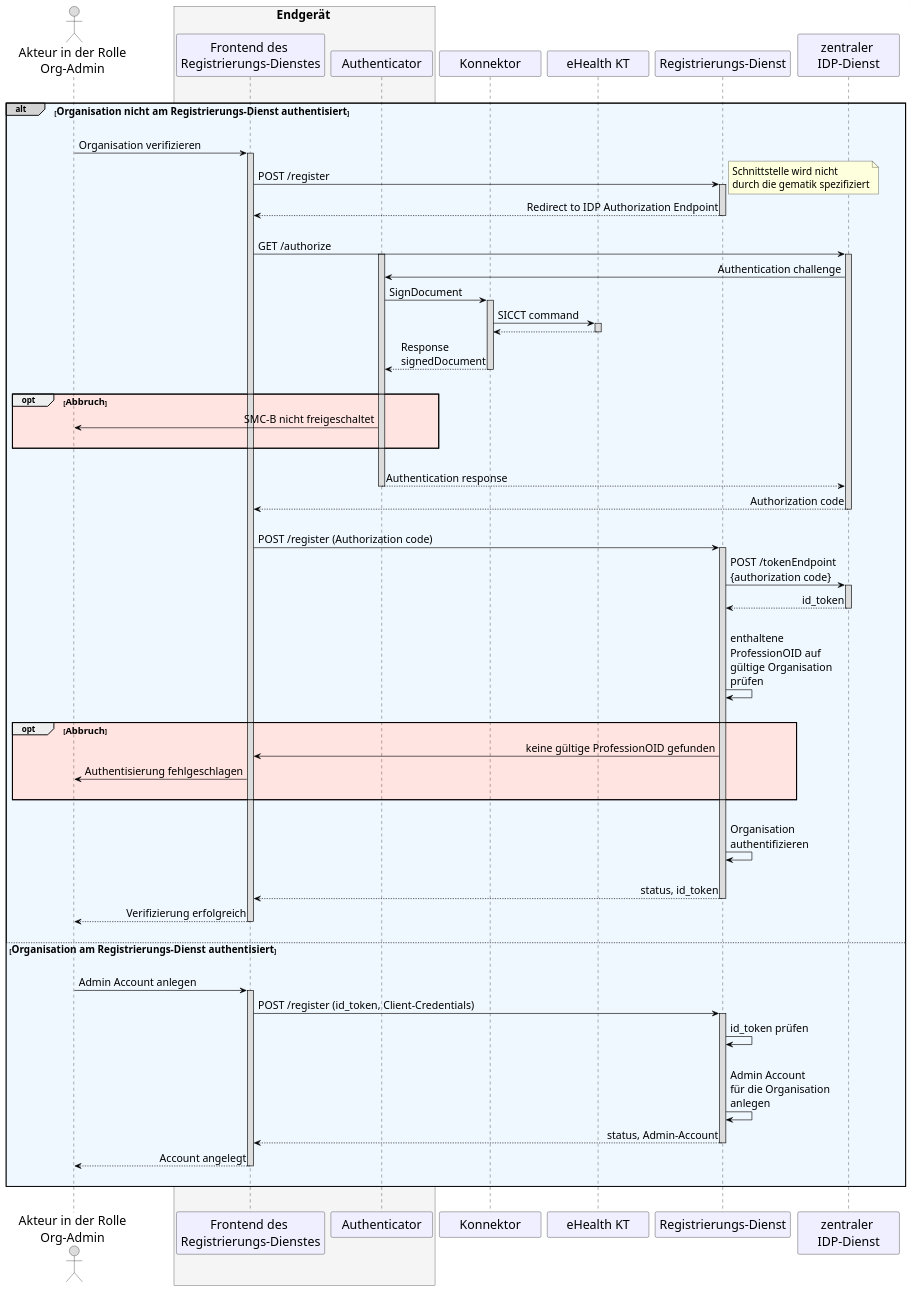
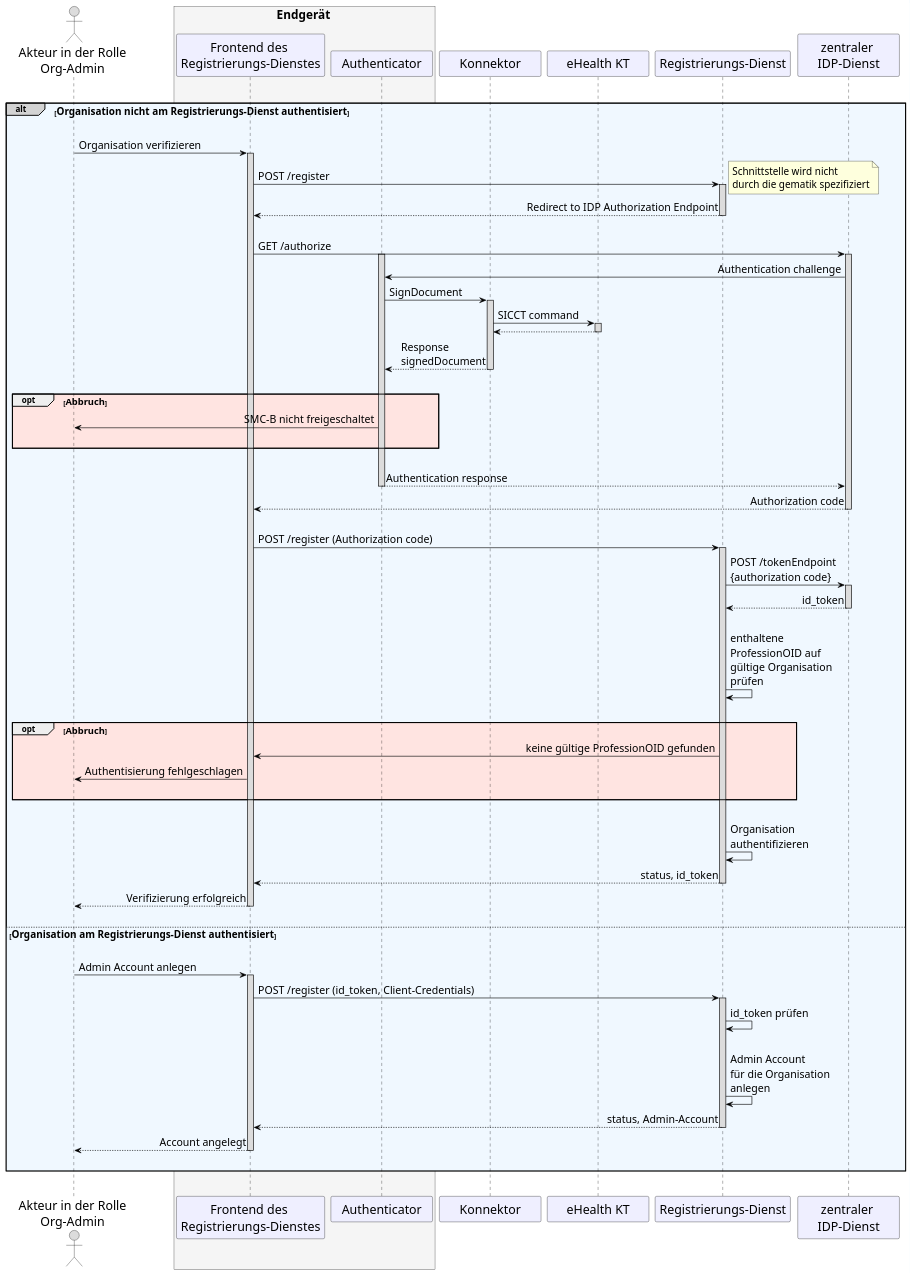
Before and after one commit to gematik/api-ti-messenger: the diagram in src/plantuml/TI-Messenger-Dienst/Ressourcen/UC_10103_Seq.puml, drawn with PlantUML.

```diff
--- a/src/plantuml/TI-Messenger-Dienst/Ressourcen/UC_10103_Seq.puml
+++ b/src/plantuml/TI-Messenger-Dienst/Ressourcen/UC_10103_Seq.puml
@@ -9,116 +9,114 @@
 @startuml
 skinparam sequenceMessageAlign direction
 skinparam WrapWidth 300
 skinparam minClassWidth 150
 skinparam BoxPadding 1
 scale max 2048 width
 
 skinparam sequence {
 ArrowColor black
 ArrowFontSize 17
 ActorBorderColor black
 LifeLineBorderColor black
 LifeLineBackgroundColor Gainsboro
 
 ParticipantBorderColor Motivation
 ParticipantBackgroundColor Motivation
 ParticipantFontName Impact
 ParticipantFontSize 20
 ParticipantFontColor black
 ParticipantBorderColor Black
 ParticipantBackgroundColor MOTIVATION
 
 ActorBackgroundColor Gainsboro
 ActorFontColor black
 ActorFontSize 20
 ActorFontName Aapex
 }
 
   actor oa as "Akteur in der Rolle\nOrg-Admin"
     box <size:19>Endgerät</size> #WhiteSmoke
     participant wb as "Frontend des \nRegistrierungs-Dienstes"
     participant au as "Authenticator"
     end box
   participant ko as "Konnektor"
   participant kt as "eHealth KT"
   participant rd as "Registrierungs-Dienst"
   participant ip as "zentraler \nIDP-Dienst"
 
 |||
 alt#LightGrey #AliceBlue <size:16>Organisation nicht am Registrierungs-Dienst authentisiert</size>
 |||
       oa -> wb: Organisation verifizieren
         activate wb
       wb -> rd:POST /register 
       note right: <size:16>Schnittstelle wird nicht \n<size:16>durch die gematik spezifiziert</size>
         activate rd
       rd --> wb: Redirect to IDP Authorization Endpoint
         deactivate rd
       |||
       wb -> ip: GET /authorize
         activate au
         activate ip
       ip -> au: Authentication challenge
       au -> ko: SignDocument
         activate ko
       ko -> kt: SICCT command
         activate kt
       kt --> ko
         deactivate kt
       ko --> au: Response \nsignedDocument
       |||
         deactivate ko
     
     opt #MistyRose <size:15>Abbruch</size>
       au -> oa: SMC-B nicht freigeschaltet 
       |||
     end
       |||
       au -->ip: Authentication response
         deactivate au
       ip --> wb: Authorization code
         deactivate ip
       |||
       wb -> rd: POST /register (Authorization code)
         activate rd
       rd -> ip: POST /tokenEndpoint\n{authorization code}
         activate ip
       ip --> rd: id_token
         deactivate ip
       |||
       rd -> rd: enthaltene \nProfessionOID auf \ngültige Organisation \nprüfen
       |||
       
     opt #MistyRose <size:15>Abbruch</size>
       rd -> wb: keine gültige ProfessionOID gefunden
       wb -> oa: Authentisierung fehlgeschlagen
       |||
     end  
     
       |||
       rd-> rd: Organisation \nauthentifizieren
-      |||
-      
       rd --> wb: status, id_token
         deactivate rd
       wb --> oa: Verifizierung erfolgreich
         deactivate wb
       |||  
       
       else <size:16>Organisation am Registrierungs-Dienst authentisiert</size>
         |||
         oa -> wb: Admin Account anlegen
           activate wb
         wb -> rd: POST /register (id_token, Client-Credentials)
           activate rd
         rd -> rd: id_token prüfen
         |||
         rd -> rd: Admin Account \nfür die Organisation \nanlegen
         rd --> wb: status, Admin-Account
           deactivate rd
         wb --> oa: Account angelegt
           deactivate wb
         |||
 end
 |||
 @enduml
```
